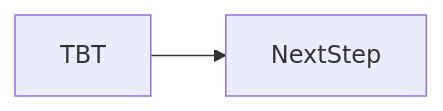
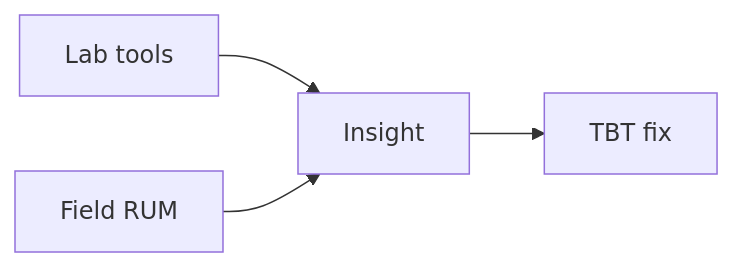
One commit to OmidJavaherii/Frontend-Engineering-Handbook changed the second of 2 diagrams in docs/en/13-performance/tbt/index.md. Above: the diagram before and after it, drawn with Mermaid. The commit also changed other lines of this file and 461 other files, not shown here.

````diff
--- a/docs/en/13-performance/tbt/index.md
+++ b/docs/en/13-performance/tbt/index.md
@@ -94,4 +108,6 @@
 ```mermaid
 flowchart LR
-  concept[TBT] --> nextStep[NextStep]
+  Lab[Lab tools] --> Insight
+  RUM[Field RUM] --> Insight
+  Insight --> Fix[TBT fix]
 ```
````
